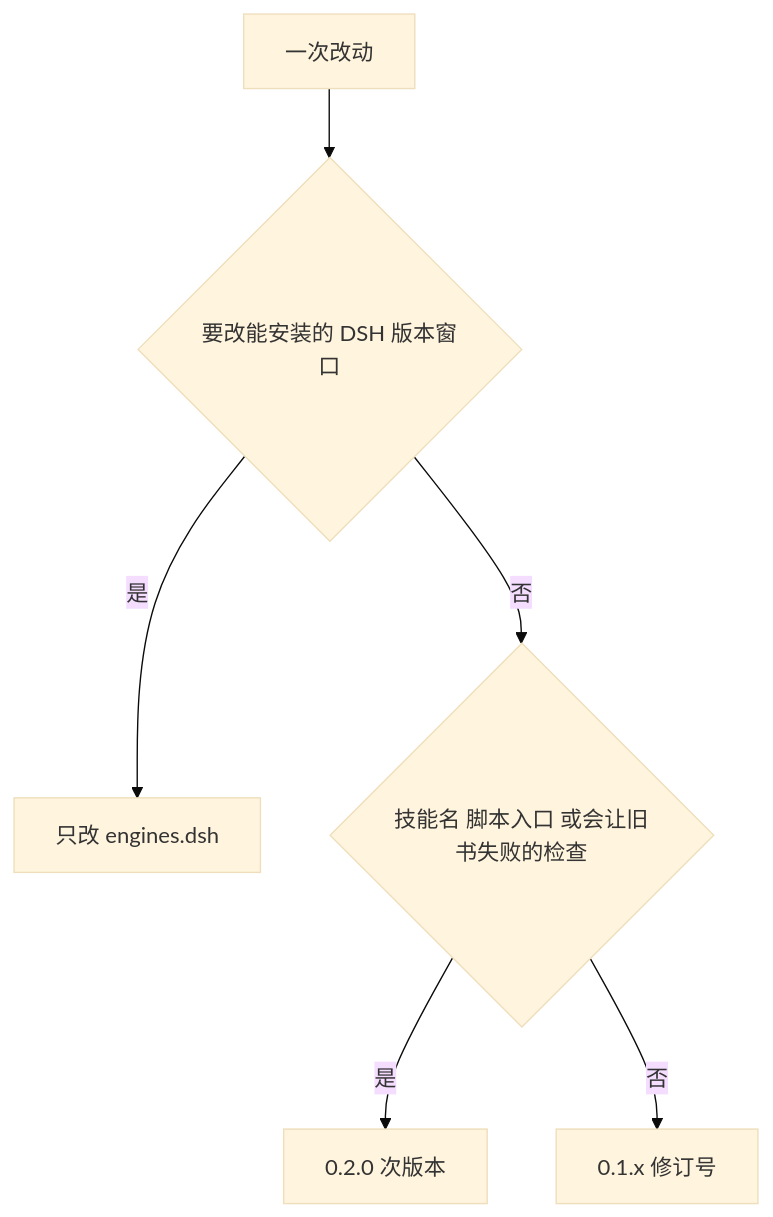
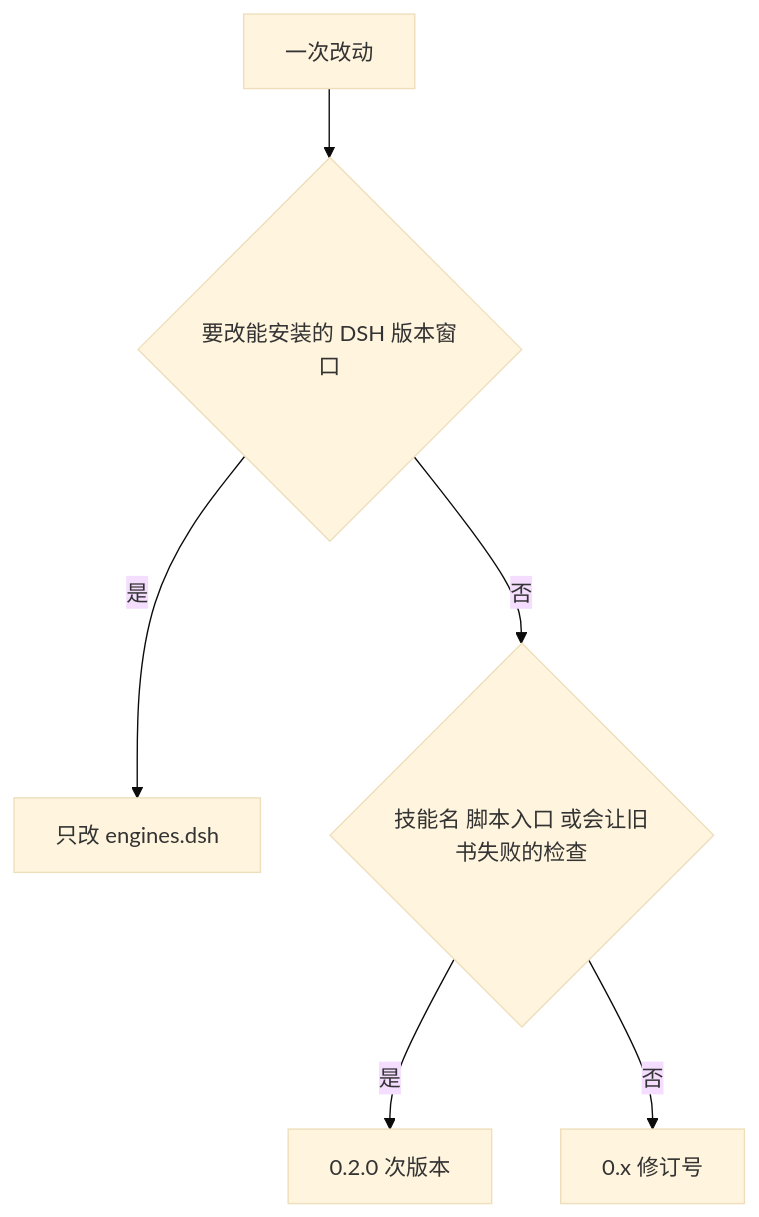
Before and after one commit to chengzhao-dev/dsh-quarto-book: the diagram in docs/versioning.md, drawn with Mermaid (base theme). The commit also changed other lines of this file and 26 other files, not shown here.

````diff
--- a/docs/versioning.md
+++ b/docs/versioning.md
@@ -26,8 +26,8 @@
 ```mermaid
 flowchart TD
   change[一次改动] --> host{要改能安装的 DSH 版本窗口}
   host -->|是| engines[只改 engines.dsh]
   host -->|否| contract{技能名 脚本入口 或会让旧书失败的检查}
   contract -->|是| minor[0.2.0 次版本]
-  contract -->|否| patch[0.1.x 修订号]
+  contract -->|否| patch[0.x 修订号]
 ```
````
